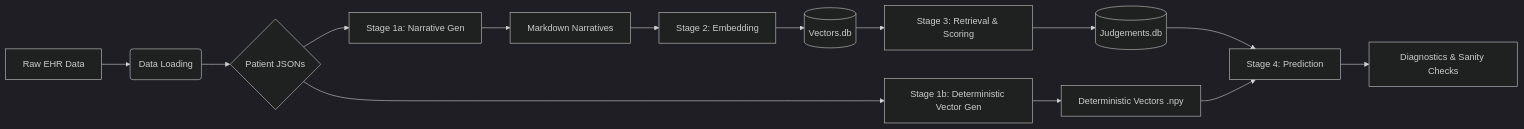
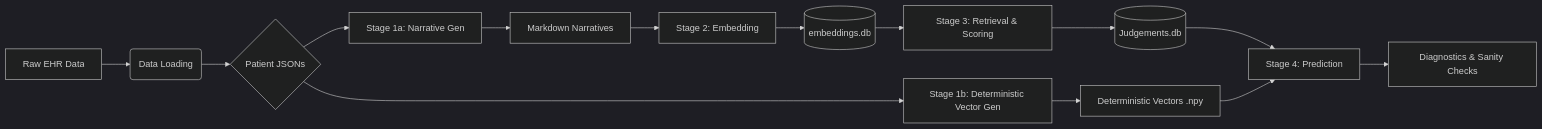
The first of 2 diagrams in research/TRD-EHR/README.md (Pirate-Hunter-Zoro/Atlas), drawn with Mermaid (dark theme) before and after one commit. The commit also changed other lines of this file and 7 other files, not shown here.

````diff
--- a/research/TRD-EHR/README.md
+++ b/research/TRD-EHR/README.md
@@ -8,18 +8,18 @@
 ```mermaid
 graph LR
     A[Raw EHR Data] --> B(Data Loading)
     B --> C{Patient JSONs}
     C --> D[Stage 1a: Narrative Gen]
     C --> E[Stage 1b: Deterministic Vector Gen]
     D --> F[Markdown Narratives]
     F --> G[Stage 2: Embedding]
-    G --> H[(Vectors.db)]
+    G --> H[(embeddings.db)]
     E --> I[Deterministic Vectors .npy]
     H --> J[Stage 3: Retrieval & Scoring]
     J --> K[(Judgements.db)]
     K --> L[Stage 4: Prediction]
     I --> L
     L --> M[Diagnostics & Sanity Checks]
 
 
 ```
````
